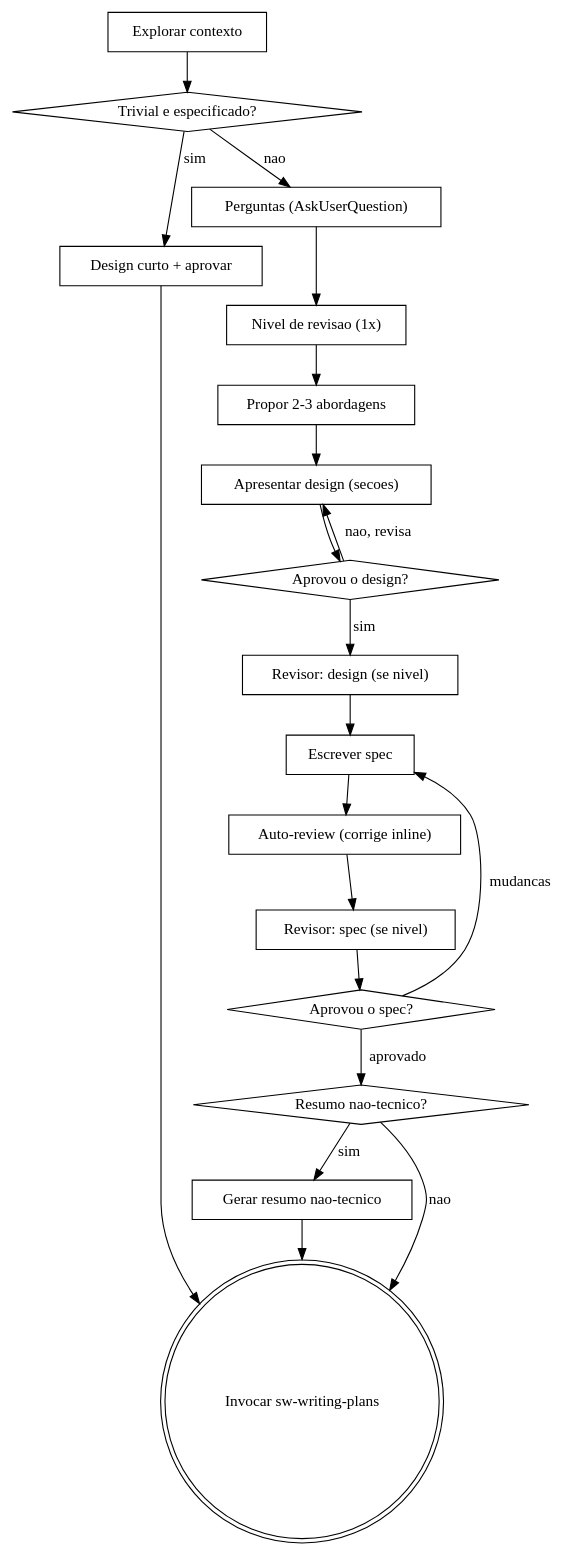
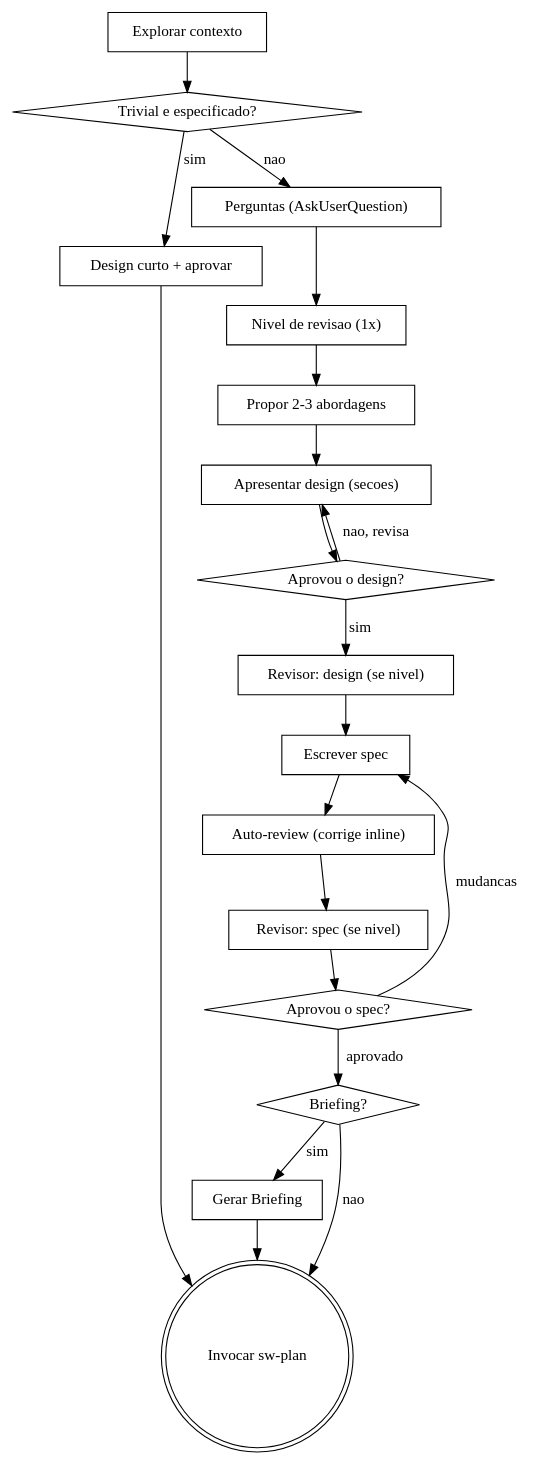
Before and after one commit to systemweb-dev/ai-marketplace: the diagram in plugins/sw-brainstorming/skills/sw-brainstorming/SKILL.md, drawn with Graphviz. The commit also changed other lines of this file and 1 other file, not shown here.

First line of the commit message:
feat(sw-brainstorming): Briefing, spec em docs/specs e arsenal de design (v0.3.0)

````diff
--- a/plugins/sw-brainstorming/skills/sw-brainstorming/SKILL.md
+++ b/plugins/sw-brainstorming/skills/sw-brainstorming/SKILL.md
@@ -74,40 +73,40 @@
 ```dot
 digraph brainstorming {
     "Explorar contexto" [shape=box];
     "Trivial e especificado?" [shape=diamond];
     "Design curto + aprovar" [shape=box];
     "Perguntas (AskUserQuestion)" [shape=box];
     "Nivel de revisao (1x)" [shape=box];
     "Revisor: design (se nivel)" [shape=box];
     "Revisor: spec (se nivel)" [shape=box];
     "Propor 2-3 abordagens" [shape=box];
     "Apresentar design (secoes)" [shape=box];
     "Aprovou o design?" [shape=diamond];
     "Escrever spec" [shape=box];
     "Auto-review (corrige inline)" [shape=box];
     "Aprovou o spec?" [shape=diamond];
-    "Resumo nao-tecnico?" [shape=diamond];
-    "Gerar resumo nao-tecnico" [shape=box];
-    "Invocar sw-writing-plans" [shape=doublecircle];
+    "Briefing?" [shape=diamond];
+    "Gerar Briefing" [shape=box];
+    "Invocar sw-plan" [shape=doublecircle];
 
     "Explorar contexto" -> "Trivial e especificado?";
     "Trivial e especificado?" -> "Design curto + aprovar" [label="sim"];
     "Trivial e especificado?" -> "Perguntas (AskUserQuestion)" [label="nao"];
-    "Design curto + aprovar" -> "Invocar sw-writing-plans";
+    "Design curto + aprovar" -> "Invocar sw-plan";
     "Perguntas (AskUserQuestion)" -> "Nivel de revisao (1x)";
     "Nivel de revisao (1x)" -> "Propor 2-3 abordagens";
     "Propor 2-3 abordagens" -> "Apresentar design (secoes)";
     "Apresentar design (secoes)" -> "Aprovou o design?";
     "Aprovou o design?" -> "Apresentar design (secoes)" [label="nao, revisa"];
     "Aprovou o design?" -> "Revisor: design (se nivel)" [label="sim"];
     "Revisor: design (se nivel)" -> "Escrever spec";
     "Escrever spec" -> "Auto-review (corrige inline)";
     "Auto-review (corrige inline)" -> "Revisor: spec (se nivel)";
     "Revisor: spec (se nivel)" -> "Aprovou o spec?";
     "Aprovou o spec?" -> "Escrever spec" [label="mudancas"];
-    "Aprovou o spec?" -> "Resumo nao-tecnico?" [label="aprovado"];
-    "Resumo nao-tecnico?" -> "Gerar resumo nao-tecnico" [label="sim"];
-    "Resumo nao-tecnico?" -> "Invocar sw-writing-plans" [label="nao"];
-    "Gerar resumo nao-tecnico" -> "Invocar sw-writing-plans";
+    "Aprovou o spec?" -> "Briefing?" [label="aprovado"];
+    "Briefing?" -> "Gerar Briefing" [label="sim"];
+    "Briefing?" -> "Invocar sw-plan" [label="nao"];
+    "Gerar Briefing" -> "Invocar sw-plan";
 }
 ```
````
